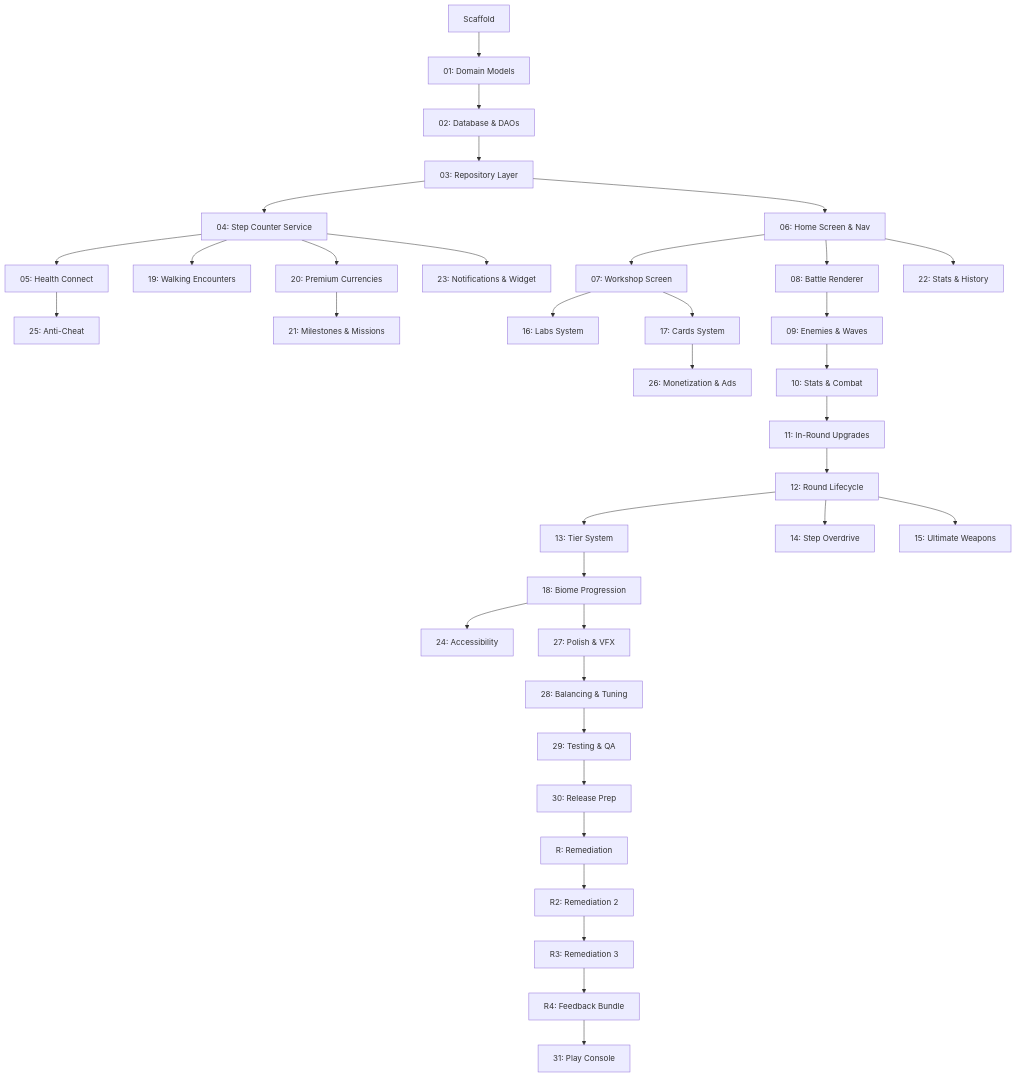
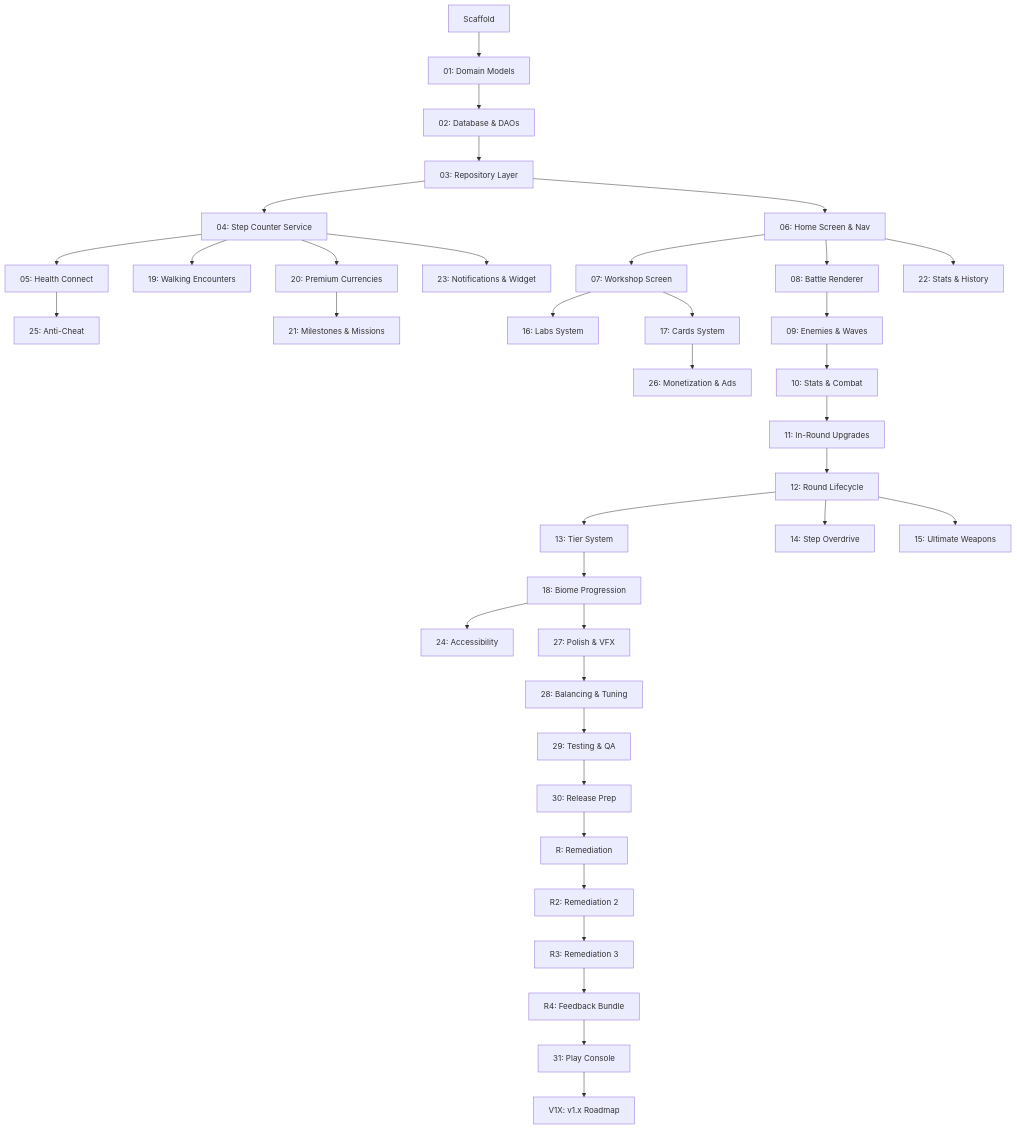
Before and after one commit to JonWhiteFang/steps-of-babylon: the diagram in AGENTS.md, drawn with Mermaid. The commit also changed other lines of this file and 5 other files, not shown here.

First line of the commit message:
docs: author Plan V1X (v1.x roadmap) from 2026-05-25 issue triage

````diff
--- a/AGENTS.md
+++ b/AGENTS.md
@@ -140,38 +141,39 @@
 ```mermaid
 graph TD
     S[Scaffold] --> P01[01: Domain Models]
     P01 --> P02[02: Database & DAOs]
     P02 --> P03[03: Repository Layer]
     P03 --> P04[04: Step Counter Service]
     P03 --> P06[06: Home Screen & Nav]
     P04 --> P05[05: Health Connect]
     P04 --> P19[19: Walking Encounters]
     P04 --> P20[20: Premium Currencies]
     P04 --> P23[23: Notifications & Widget]
     P05 --> P25[25: Anti-Cheat]
     P06 --> P07[07: Workshop Screen]
     P06 --> P08[08: Battle Renderer]
     P06 --> P22[22: Stats & History]
     P07 --> P16[16: Labs System]
     P07 --> P17[17: Cards System]
     P08 --> P09[09: Enemies & Waves]
     P09 --> P10[10: Stats & Combat]
     P10 --> P11[11: In-Round Upgrades]
     P11 --> P12[12: Round Lifecycle]
     P12 --> P13[13: Tier System]
     P12 --> P14[14: Step Overdrive]
     P12 --> P15[15: Ultimate Weapons]
     P13 --> P18[18: Biome Progression]
     P17 --> P26[26: Monetization & Ads]
     P18 --> P24[24: Accessibility]
     P18 --> P27[27: Polish & VFX]
     P20 --> P21[21: Milestones & Missions]
     P27 --> P28[28: Balancing & Tuning]
     P28 --> P29[29: Testing & QA]
     P29 --> P30[30: Release Prep]
     P30 --> PR[R: Remediation]
     PR --> PR2[R2: Remediation 2]
     PR2 --> PR3[R3: Remediation 3]
     PR3 --> PR4[R4: Feedback Bundle]
     PR4 --> P31[31: Play Console]
+    P31 --> PV1X[V1X: v1.x Roadmap]
 ```
````
